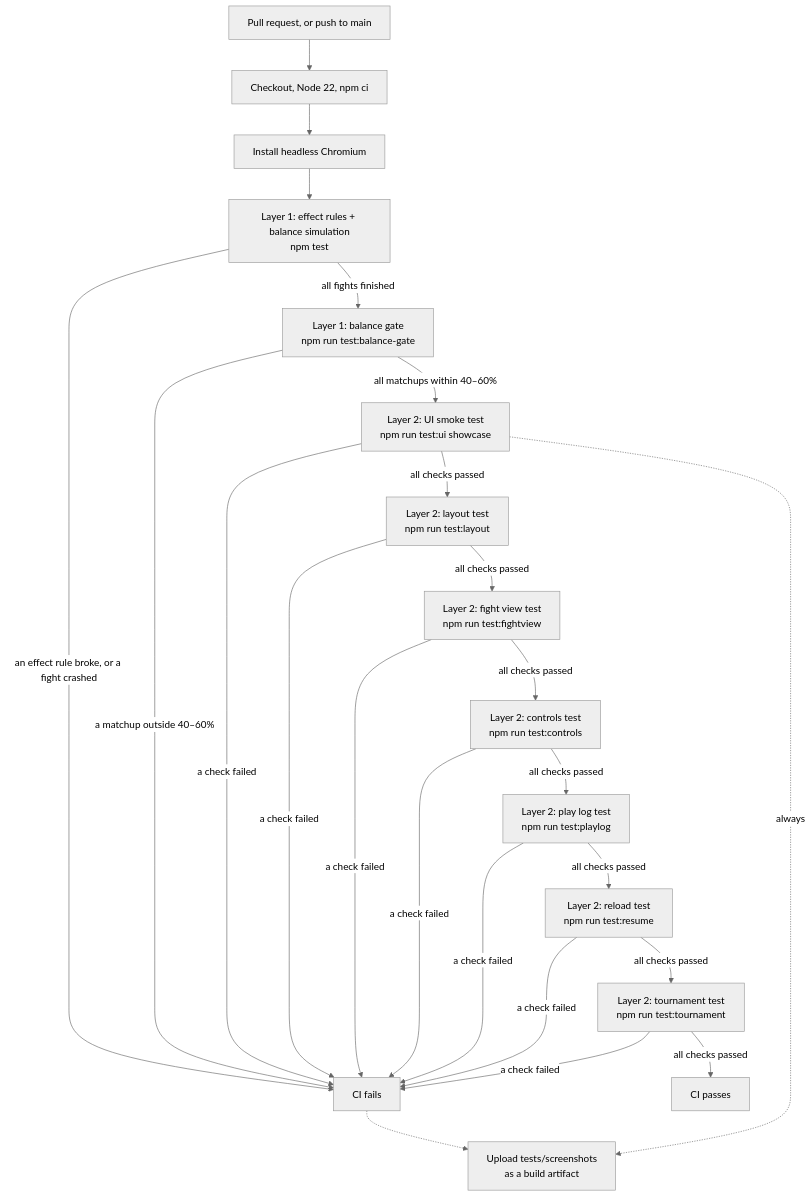
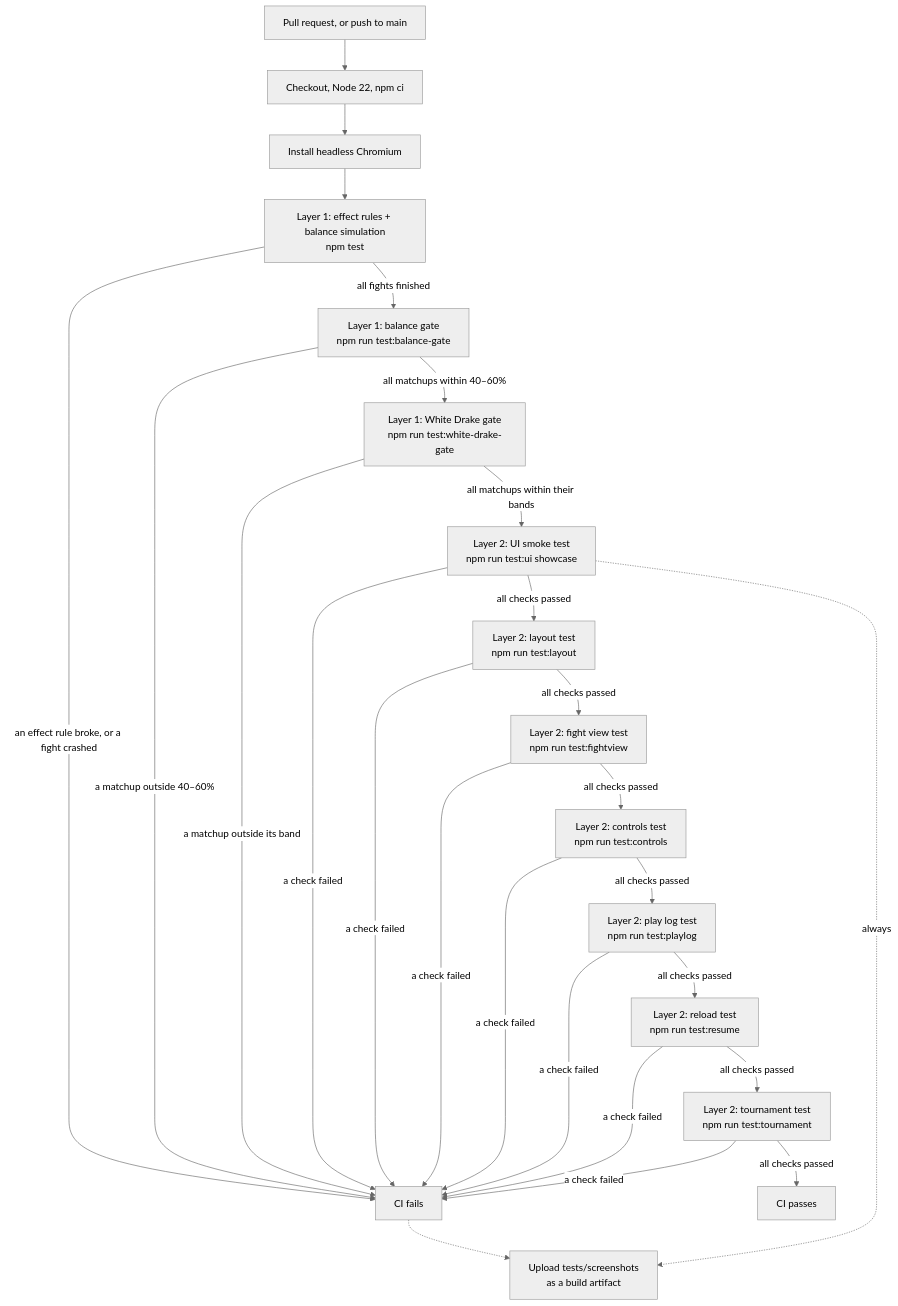
Before and after one commit to Heaxyle/drake-arena: the diagram in TESTING.md, drawn with Mermaid (neutral theme). The commit also changed other lines of this file and 18 other files, not shown here.

````diff
--- a/TESTING.md
+++ b/TESTING.md
@@ -12,26 +12,28 @@
 ```mermaid
 flowchart TD
     A[Pull request, or push to main] --> B[Checkout, Node 22, npm ci]
     B --> C[Install headless Chromium]
     C --> D["Layer 1: effect rules + balance simulation<br/>npm test"]
     D -->|an effect rule broke, or a fight crashed| X[CI fails]
     D -->|all fights finished| G["Layer 1: balance gate<br/>npm run test:balance-gate"]
     G -->|a matchup outside 40–60%| X
-    G -->|all matchups within 40–60%| E["Layer 2: UI smoke test<br/>npm run test:ui showcase"]
+    G -->|all matchups within 40–60%| WD["Layer 1: White Drake gate<br/>npm run test:white-drake-gate"]
+    WD -->|a matchup outside its band| X
+    WD -->|all matchups within their bands| E["Layer 2: UI smoke test<br/>npm run test:ui showcase"]
     E -->|a check failed| X
     E -->|all checks passed| L["Layer 2: layout test<br/>npm run test:layout"]
     L -->|a check failed| X
     L -->|all checks passed| V["Layer 2: fight view test<br/>npm run test:fightview"]
     V -->|a check failed| X
     V -->|all checks passed| K["Layer 2: controls test<br/>npm run test:controls"]
     K -->|a check failed| X
     K -->|all checks passed| PL["Layer 2: play log test<br/>npm run test:playlog"]
     PL -->|a check failed| X
     PL -->|all checks passed| R["Layer 2: reload test<br/>npm run test:resume"]
     R -->|a check failed| X
     R -->|all checks passed| T["Layer 2: tournament test<br/>npm run test:tournament"]
     T -->|a check failed| X
     T -->|all checks passed| P[CI passes]
     E -.->|always| S[Upload tests/screenshots<br/>as a build artifact]
     X -.-> S
 ```
````
